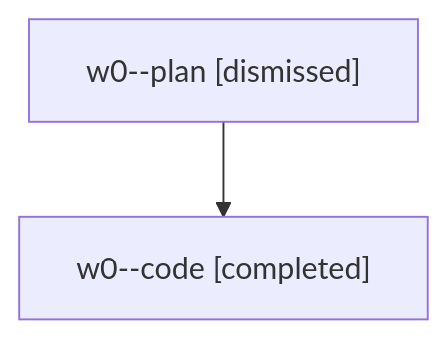
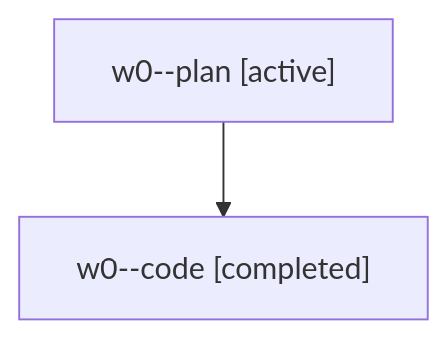
Before and after one commit to sase-org/sase--agents: the diagram in families/bbugyi200.athena.w0.md, drawn with Mermaid. The commit also changed other lines of this file and 35830 other files, not shown here.

````diff
--- a/families/bbugyi200.athena.w0.md
+++ b/families/bbugyi200.athena.w0.md
@@ -9,6 +9,6 @@
 ```mermaid
 flowchart TD
-  n0["w0--plan [dismissed]"]
+  n0["w0--plan [active]"]
   n1["w0--code [completed]"]
   n0 --> n1
 ```
````
